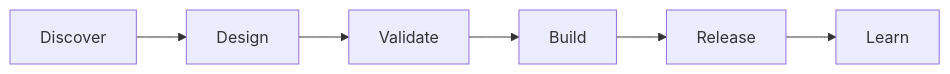
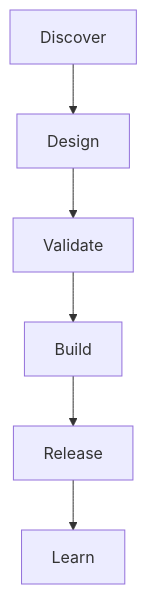
Before and after one commit to 1335389202-create/ai-product-development-workflow: the diagram in README.md, drawn with Mermaid.

Commit message:
docs: use vertical Mermaid layout

````diff
--- a/README.md
+++ b/README.md
@@ -17,8 +17,8 @@
 ```mermaid
-flowchart LR
+flowchart TD
   A[Discover] --> B[Design]
   B --> C[Validate]
   C --> D[Build]
   D --> E[Release]
   E --> F[Learn]
 ```
````
